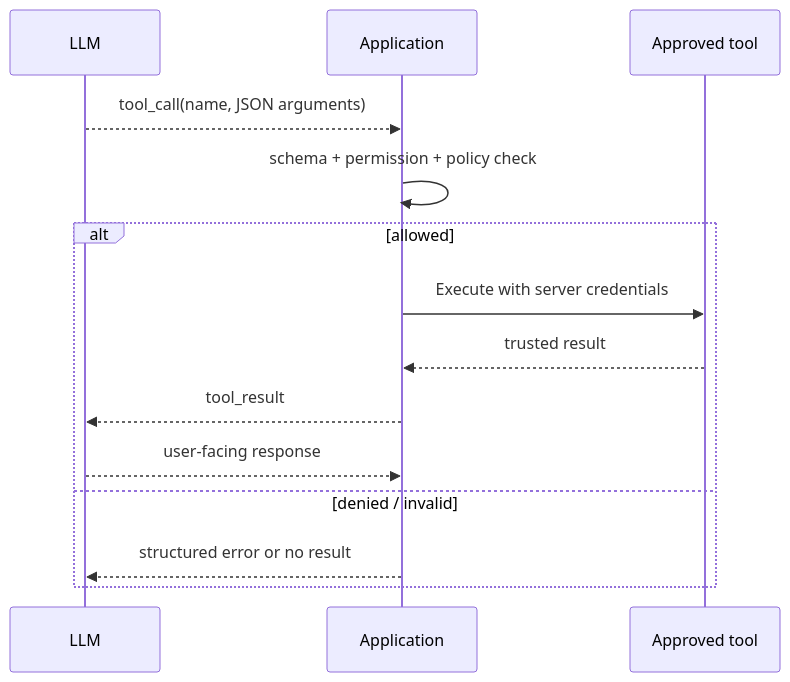
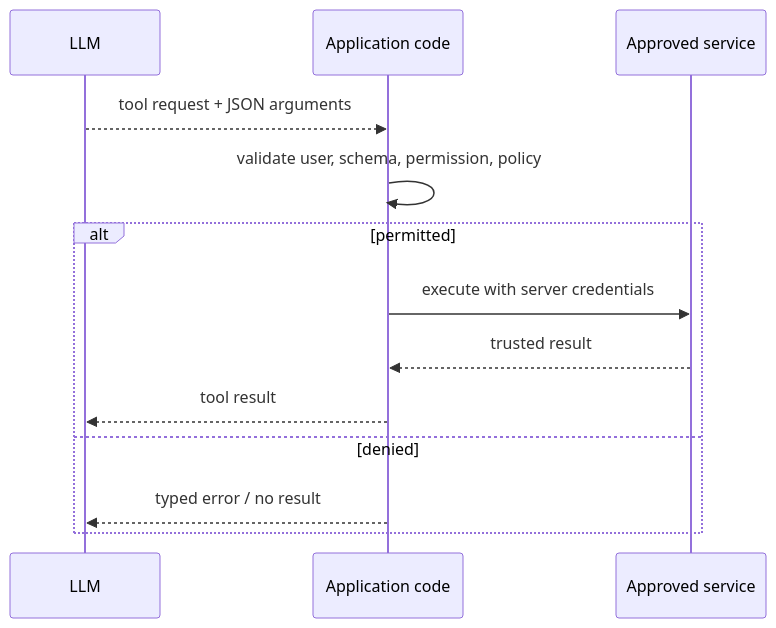
Before and after one commit to gksoriginals/lbs-full-stack-ai: the third of 4 diagrams in markdown/05-llm-integration.md, drawn with Mermaid. The commit also changed other lines of this file and 12 other files, not shown here.

````diff
--- a/markdown/05-llm-integration.md
+++ b/markdown/05-llm-integration.md
@@ -209,16 +163,15 @@
 ```mermaid
 sequenceDiagram
-    participant L as LLM
-    participant A as Application
-    participant T as Approved tool
-    L-->>A: tool_call(name, JSON arguments)
-    A->>A: schema + permission + policy check
-    alt allowed
-        A->>T: Execute with server credentials
-        T-->>A: trusted result
-        A-->>L: tool_result
-        L-->>A: user-facing response
-    else denied / invalid
-        A-->>L: structured error or no result
-    end
+  participant M as LLM
+  participant A as Application code
+  participant T as Approved service
+  M-->>A: tool request + JSON arguments
+  A->>A: validate user, schema, permission, policy
+  alt permitted
+    A->>T: execute with server credentials
+    T-->>A: trusted result
+    A-->>M: tool result
+  else denied
+    A-->>M: typed error / no result
+  end
 ```
````
